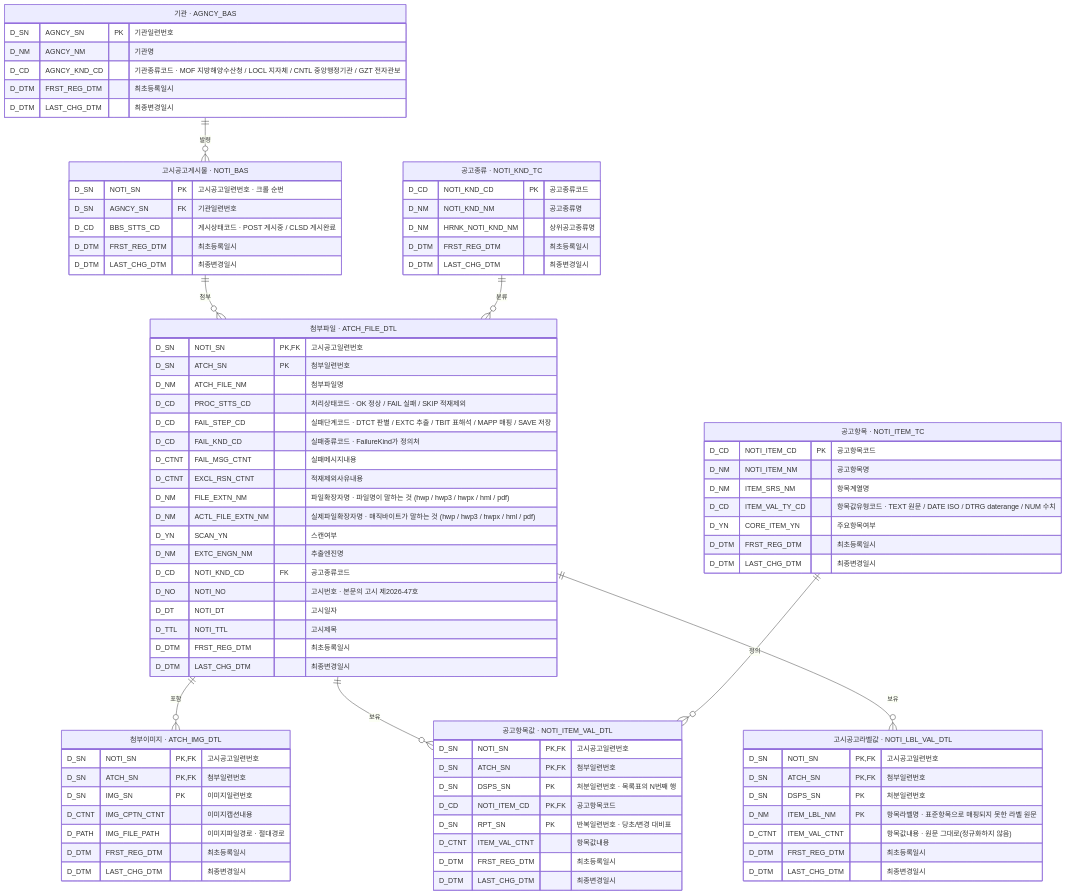
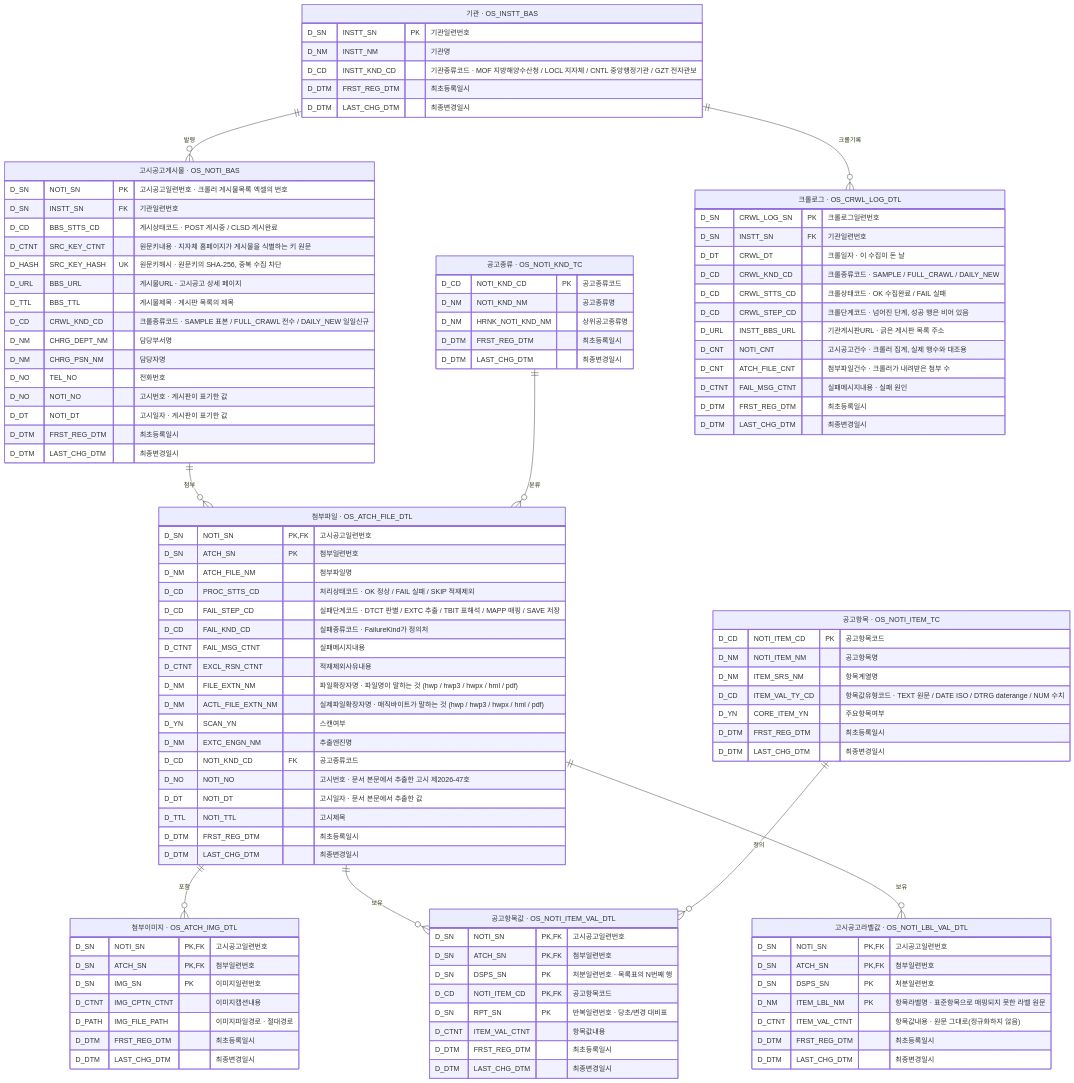
Before and after one commit to Team-All4Land/All4Land_java-pipeline: the diagram in README.md, drawn with Mermaid. The commit also changed other lines of this file and 40 other files, not shown here.

First line of the commit message:
Claude/crawler integrated erd 5zbndw (#25)

````diff
--- a/README.md
+++ b/README.md
@@ -285,28 +142,53 @@
 ```mermaid
 erDiagram
-    AGNCY_BAS         ||--o{ NOTI_BAS          : "발령"
-    NOTI_BAS          ||--o{ ATCH_FILE_DTL     : "첨부"
-    ATCH_FILE_DTL     ||--o{ ATCH_IMG_DTL      : "포함"
-    ATCH_FILE_DTL     ||--o{ NOTI_ITEM_VAL_DTL : "보유"
-    NOTI_KND_TC       ||--o{ ATCH_FILE_DTL     : "분류"
-    NOTI_ITEM_TC      ||--o{ NOTI_ITEM_VAL_DTL : "정의"
-    ATCH_FILE_DTL     ||--o{ NOTI_LBL_VAL_DTL  : "보유"
+    OS_INSTT_BAS         ||--o{ OS_NOTI_BAS          : "발령"
+    OS_NOTI_BAS          ||--o{ OS_ATCH_FILE_DTL     : "첨부"
+    OS_ATCH_FILE_DTL     ||--o{ OS_ATCH_IMG_DTL      : "포함"
+    OS_ATCH_FILE_DTL     ||--o{ OS_NOTI_ITEM_VAL_DTL : "보유"
+    OS_NOTI_KND_TC       ||--o{ OS_ATCH_FILE_DTL     : "분류"
+    OS_NOTI_ITEM_TC      ||--o{ OS_NOTI_ITEM_VAL_DTL : "정의"
+    OS_ATCH_FILE_DTL     ||--o{ OS_NOTI_LBL_VAL_DTL  : "보유"
+    OS_INSTT_BAS         ||--o{ OS_CRWL_LOG_DTL      : "크롤기록"
 
-    AGNCY_BAS["기관 · AGNCY_BAS"] {
-        D_SN   AGNCY_SN     PK "기관일련번호"
-        D_NM   AGNCY_NM        "기관명"
-        D_CD   AGNCY_KND_CD    "기관종류코드 · MOF 지방해양수산청 / LOCL 지자체 / CNTL 중앙행정기관 / GZT 전자관보"
+    OS_INSTT_BAS["기관 · OS_INSTT_BAS"] {
+        D_SN   INSTT_SN     PK "기관일련번호"
+        D_NM   INSTT_NM        "기관명"
+        D_CD   INSTT_KND_CD    "기관종류코드 · MOF 지방해양수산청 / LOCL 지자체 / CNTL 중앙행정기관 / GZT 전자관보"
         D_DTM  FRST_REG_DTM    "최초등록일시"
         D_DTM  LAST_CHG_DTM    "최종변경일시"
     }
-    NOTI_BAS["고시공고게시물 · NOTI_BAS"] {
-        D_SN   NOTI_SN      PK "고시공고일련번호 · 크롤 순번"
-        D_SN   AGNCY_SN     FK "기관일련번호"
+    OS_NOTI_BAS["고시공고게시물 · OS_NOTI_BAS"] {
+        D_SN   NOTI_SN      PK "고시공고일련번호 · 크롤러 게시물목록 엑셀의 번호"
+        D_SN   INSTT_SN     FK "기관일련번호"
         D_CD   BBS_STTS_CD     "게시상태코드 · POST 게시중 / CLSD 게시완료"
+        D_CTNT SRC_KEY_CTNT    "원문키내용 · 지자체 홈페이지가 게시물을 식별하는 키 원문"
+        D_HASH SRC_KEY_HASH UK "원문키해시 · 원문키의 SHA-256, 중복 수집 차단"
+        D_URL  BBS_URL         "게시물URL · 고시공고 상세 페이지"
+        D_TTL  BBS_TTL         "게시물제목 · 게시판 목록의 제목"
+        D_CD   CRWL_KND_CD     "크롤종류코드 · SAMPLE 표본 / FULL_CRAWL 전수 / DAILY_NEW 일일신규"
+        D_NM   CHRG_DEPT_NM    "담당부서명"
+        D_NM   CHRG_PSN_NM     "담당자명"
+        D_NO   TEL_NO          "전화번호"
+        D_NO   NOTI_NO         "고시번호 · 게시판이 표기한 값"
+        D_DT   NOTI_DT         "고시일자 · 게시판이 표기한 값"
         D_DTM  FRST_REG_DTM    "최초등록일시"
         D_DTM  LAST_CHG_DTM    "최종변경일시"
     }
-    ATCH_FILE_DTL["첨부파일 · ATCH_FILE_DTL"] {
+    OS_CRWL_LOG_DTL["크롤로그 · OS_CRWL_LOG_DTL"] {
+        D_SN   CRWL_LOG_SN    PK "크롤로그일련번호"
+        D_SN   INSTT_SN       FK "기관일련번호"
+        D_DT   CRWL_DT           "크롤일자 · 이 수집이 돈 날"
+        D_CD   CRWL_KND_CD       "크롤종류코드 · SAMPLE / FULL_CRAWL / DAILY_NEW"
+        D_CD   CRWL_STTS_CD      "크롤상태코드 · OK 수집완료 / FAIL 실패"
+        D_CD   CRWL_STEP_CD      "크롤단계코드 · 넘어진 단계, 성공 행은 비어 있음"
+        D_URL  INSTT_BBS_URL     "기관게시판URL · 긁은 게시판 목록 주소"
+        D_CNT  NOTI_CNT          "고시공고건수 · 크롤러 집계, 실제 행수와 대조용"
+        D_CNT  ATCH_FILE_CNT     "첨부파일건수 · 크롤러가 내려받은 첨부 수"
+        D_CTNT FAIL_MSG_CTNT     "실패메시지내용 · 실패 원인"
+        D_DTM  FRST_REG_DTM      "최초등록일시"
+        D_DTM  LAST_CHG_DTM      "최종변경일시"
+    }
+    OS_ATCH_FILE_DTL["첨부파일 · OS_ATCH_FILE_DTL"] {
         D_SN   NOTI_SN            PK,FK "고시공고일련번호"
         D_SN   ATCH_SN            PK    "첨부일련번호"
         D_NM   ATCH_FILE_NM             "첨부파일명"
@@ -320,13 +202,13 @@
         D_YN   SCAN_YN                  "스캔여부"
         D_NM   EXTC_ENGN_NM             "추출엔진명"
         D_CD   NOTI_KND_CD        FK    "공고종류코드"
-        D_NO   NOTI_NO                  "고시번호 · 본문의 고시 제2026-47호"
-        D_DT   NOTI_DT                  "고시일자"
+        D_NO   NOTI_NO                  "고시번호 · 문서 본문에서 추출한 고시 제2026-47호"
+        D_DT   NOTI_DT                  "고시일자 · 문서 본문에서 추출한 값"
         D_TTL  NOTI_TTL                 "고시제목"
         D_DTM  FRST_REG_DTM             "최초등록일시"
         D_DTM  LAST_CHG_DTM             "최종변경일시"
     }
-    ATCH_IMG_DTL["첨부이미지 · ATCH_IMG_DTL"] {
+    OS_ATCH_IMG_DTL["첨부이미지 · OS_ATCH_IMG_DTL"] {
         D_SN   NOTI_SN       PK,FK "고시공고일련번호"
         D_SN   ATCH_SN       PK,FK "첨부일련번호"
         D_SN   IMG_SN        PK    "이미지일련번호"
@@ -335,7 +217,7 @@
         D_DTM  FRST_REG_DTM        "최초등록일시"
         D_DTM  LAST_CHG_DTM        "최종변경일시"
     }
-    NOTI_ITEM_VAL_DTL["공고항목값 · NOTI_ITEM_VAL_DTL"] {
+    OS_NOTI_ITEM_VAL_DTL["공고항목값 · OS_NOTI_ITEM_VAL_DTL"] {
         D_SN   NOTI_SN       PK,FK "고시공고일련번호"
         D_SN   ATCH_SN       PK,FK "첨부일련번호"
         D_SN   DSPS_SN       PK    "처분일련번호 · 목록표의 N번째 행"
@@ -345,14 +227,14 @@
         D_DTM  FRST_REG_DTM        "최초등록일시"
         D_DTM  LAST_CHG_DTM        "최종변경일시"
     }
-    NOTI_KND_TC["공고종류 · NOTI_KND_TC"] {
+    OS_NOTI_KND_TC["공고종류 · OS_NOTI_KND_TC"] {
         D_CD   NOTI_KND_CD      PK "공고종류코드"
         D_NM   NOTI_KND_NM         "공고종류명"
         D_NM   HRNK_NOTI_KND_NM    "상위공고종류명"
         D_DTM  FRST_REG_DTM        "최초등록일시"
         D_DTM  LAST_CHG_DTM        "최종변경일시"
     }
-    NOTI_LBL_VAL_DTL["고시공고라벨값 · NOTI_LBL_VAL_DTL"] {
+    OS_NOTI_LBL_VAL_DTL["고시공고라벨값 · OS_NOTI_LBL_VAL_DTL"] {
         D_SN   NOTI_SN       PK,FK "고시공고일련번호"
         D_SN   ATCH_SN       PK,FK "첨부일련번호"
         D_SN   DSPS_SN       PK    "처분일련번호"
@@ -361,7 +243,7 @@
         D_DTM  FRST_REG_DTM        "최초등록일시"
         D_DTM  LAST_CHG_DTM        "최종변경일시"
     }
-    NOTI_ITEM_TC["공고항목 · NOTI_ITEM_TC"] {
+    OS_NOTI_ITEM_TC["공고항목 · OS_NOTI_ITEM_TC"] {
         D_CD   NOTI_ITEM_CD    PK "공고항목코드"
         D_NM   NOTI_ITEM_NM       "공고항목명"
         D_NM   ITEM_SRS_NM        "항목계열명"
````
